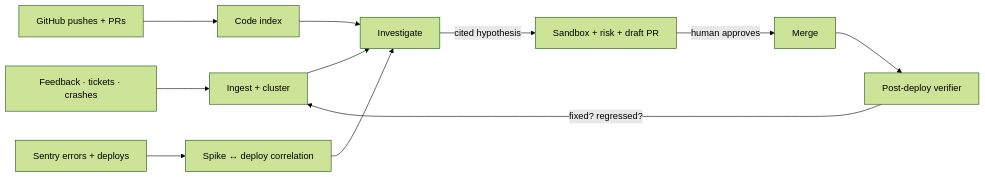
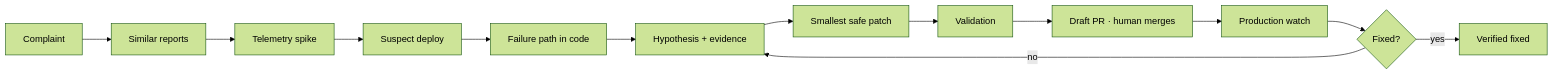
Before and after one commit to kushalsrinivas/fusebox: the diagram in README.md, drawn with Mermaid (forest theme). The commit also changed other lines of this file and 11 other files, not shown here.

````diff
--- a/README.md
+++ b/README.md
@@ -16,13 +14,15 @@
 ```mermaid
 flowchart LR
-    FB[Feedback · tickets · crashes] --> IN[Ingest + cluster]
-    GH[GitHub pushes + PRs] --> IDX[Code index]
-    SE[Sentry errors + deploys] --> CORR[Spike ↔ deploy correlation]
-    IN --> INV[Investigate]
-    IDX --> INV
-    CORR --> INV
-    INV -->|cited hypothesis| FIX[Sandbox + risk + draft PR]
-    FIX -->|human approves| MERGE[Merge]
-    MERGE --> VER[Post-deploy verifier]
-    VER -->|fixed? regressed?| IN
+    FB[Complaint] --> CL[Similar reports]
+    CL --> TEL[Telemetry spike]
+    TEL --> DEP[Suspect deploy]
+    DEP --> CODE[Failure path in code]
+    CODE --> HYP[Hypothesis + evidence]
+    HYP --> PATCH[Smallest safe patch]
+    PATCH --> VAL[Validation]
+    VAL --> PR[Draft PR · human merges]
+    PR --> PROD[Production watch]
+    PROD --> V{Fixed?}
+    V -->|yes| DONE[Verified fixed]
+    V -->|no| HYP
 ```
````
